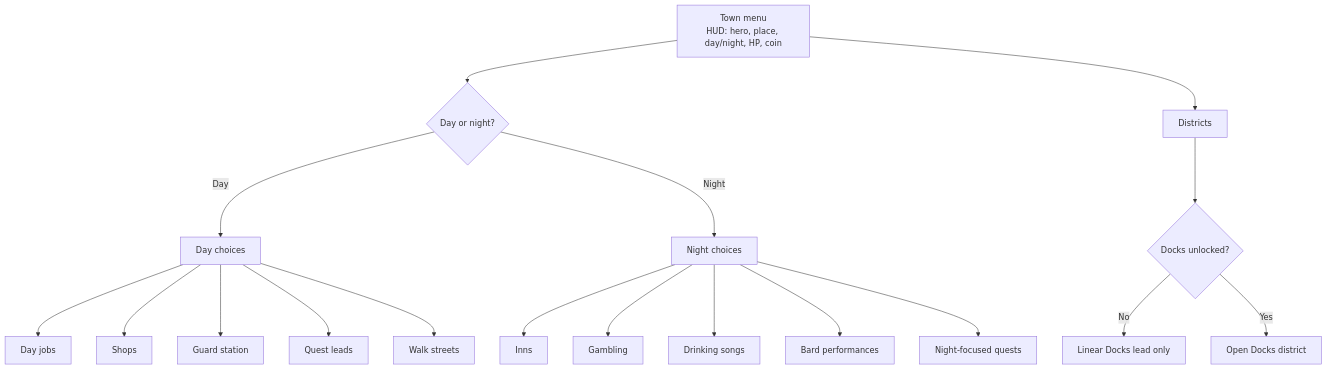
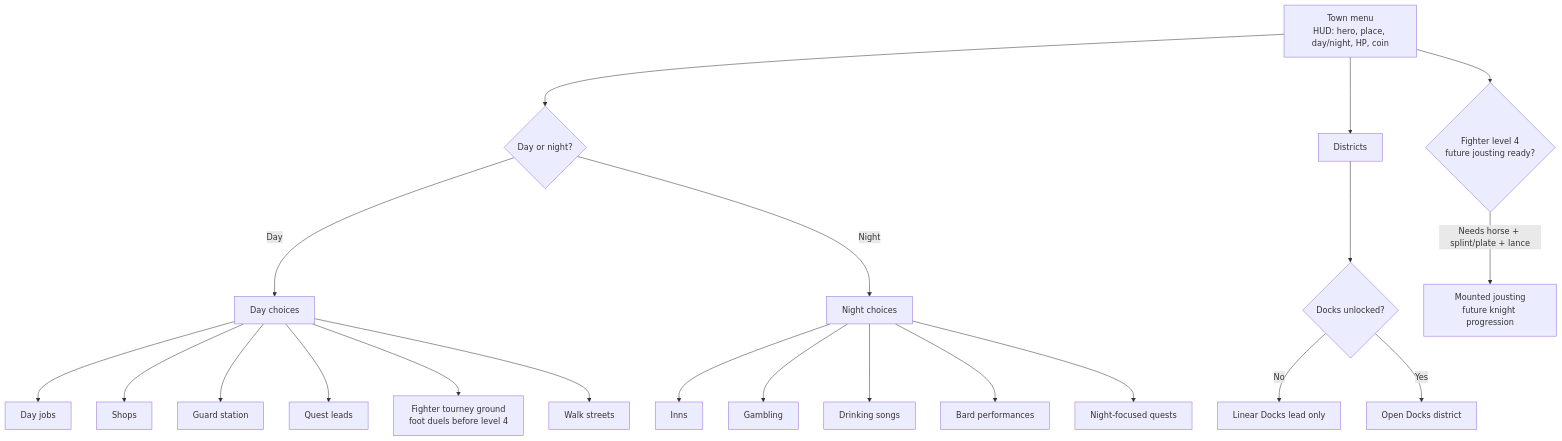
The third of 3 diagrams in docs/visual-game-flow.md (JesperYH24/dnd-git-adventure), drawn with Mermaid before and after one commit. The commit also changed 8 other files, not shown here.

Commit message:
Document level 4 jousting path

````diff
--- a/docs/visual-game-flow.md
+++ b/docs/visual-game-flow.md
@@ -54,23 +54,26 @@
 ```mermaid
 flowchart TD
     Town["Town menu\nHUD: hero, place, day/night, HP, coin"] --> Time{"Day or night?"}
 
     Time -- "Day" --> DayChoices["Day choices"]
     DayChoices --> DayJobs["Day jobs"]
     DayChoices --> Shops["Shops"]
     DayChoices --> Guard["Guard station"]
     DayChoices --> QuestLeads["Quest leads"]
+    DayChoices --> Tourney["Fighter tourney ground\nfoot duels before level 4"]
     DayChoices --> Streets["Walk streets"]
 
     Time -- "Night" --> NightChoices["Night choices"]
     NightChoices --> Inns["Inns"]
     NightChoices --> Gambling["Gambling"]
     NightChoices --> DrinkingSongs["Drinking songs"]
     NightChoices --> BardShows["Bard performances"]
     NightChoices --> NightQuests["Night-focused quests"]
 
     Town --> Districts["Districts"]
     Districts --> DocksGate{"Docks unlocked?"}
     DocksGate -- "No" --> DocksLead["Linear Docks lead only"]
     DocksGate -- "Yes" --> Docks["Open Docks district"]
+    Town --> KnightGate{"Fighter level 4\nfuture jousting ready?"}
+    KnightGate -- "Needs horse + splint/plate + lance" --> FutureJoust["Mounted jousting\nfuture knight progression"]
 ```
````
